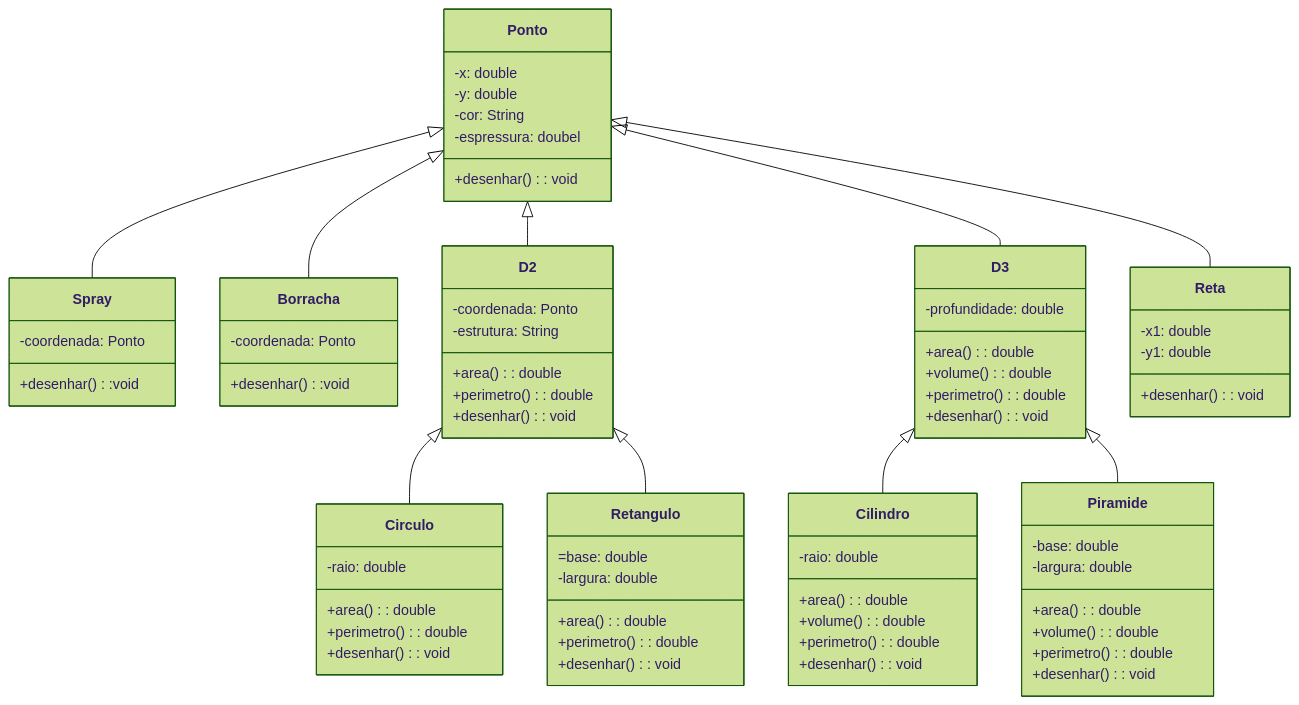
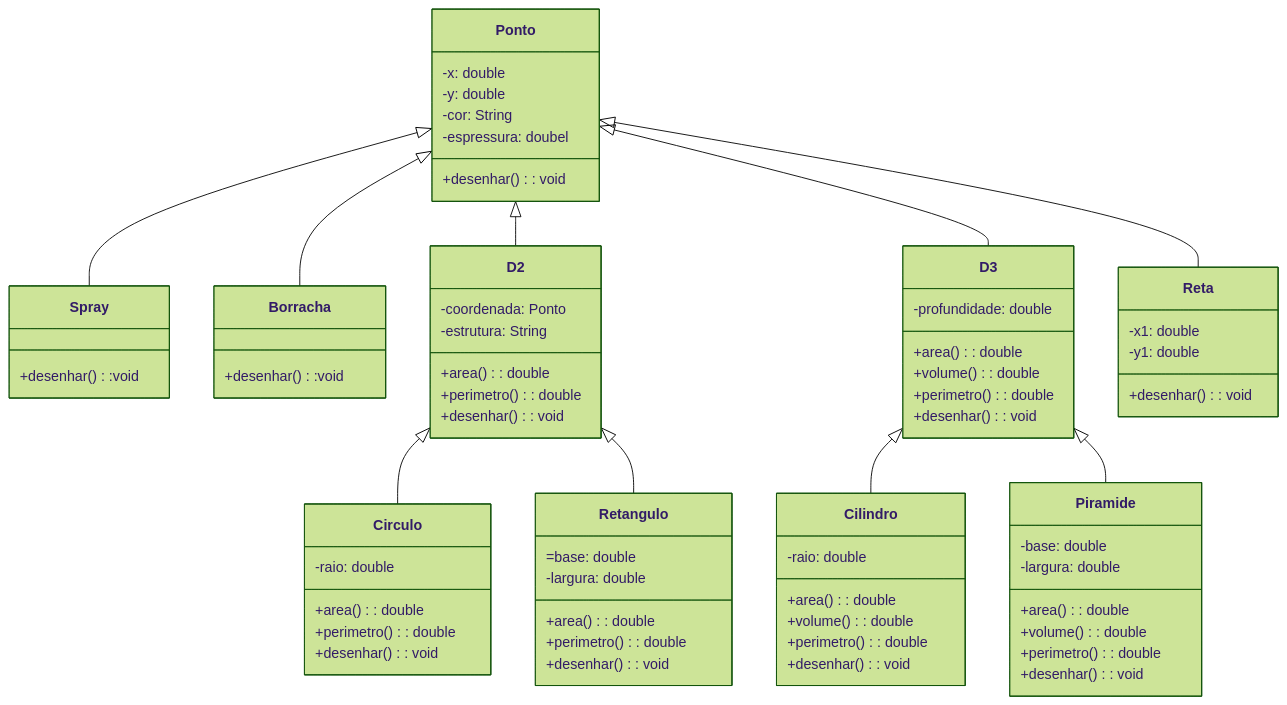
One commit to StephanyeCunto/PaintBrush changed the diagram in README.md. Above: the diagram before and after it, drawn with Mermaid (forest theme).

```diff
--- a/README.md
+++ b/README.md
@@ -79,12 +79,10 @@
     }
 
 class Spray{
-   -coordenada: Ponto
    +desenhar():void
 }
 
 class Borracha{
-        -coordenada: Ponto
    +desenhar():void
 }
 
```
